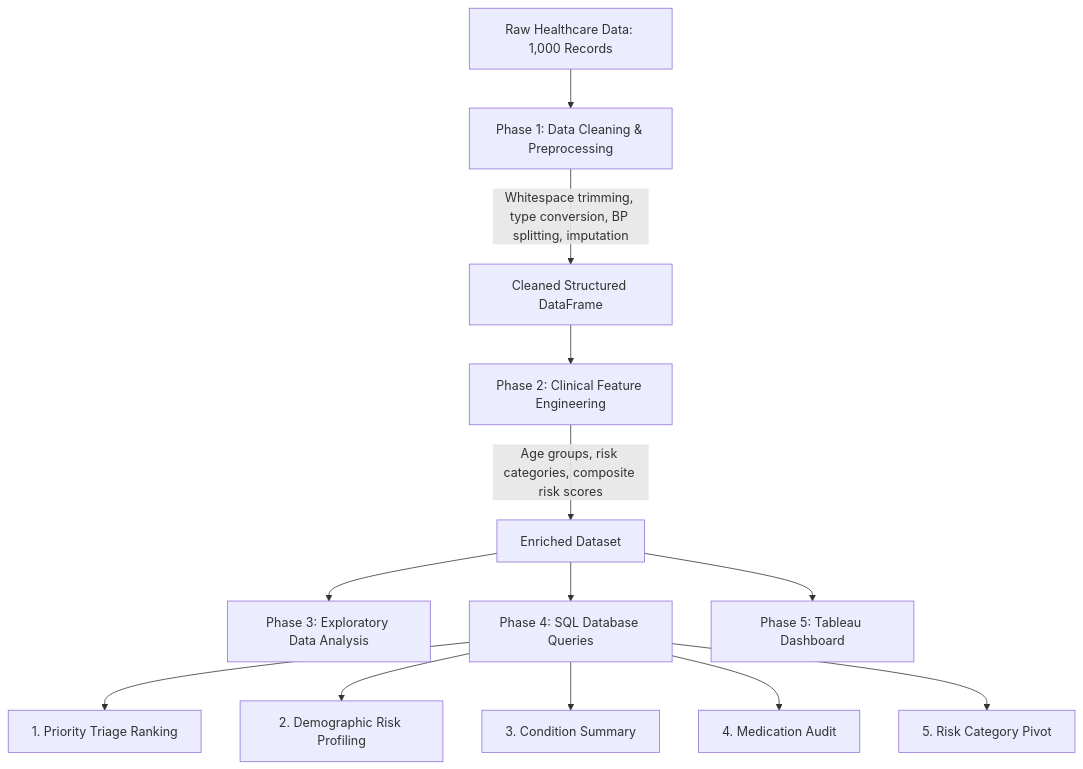
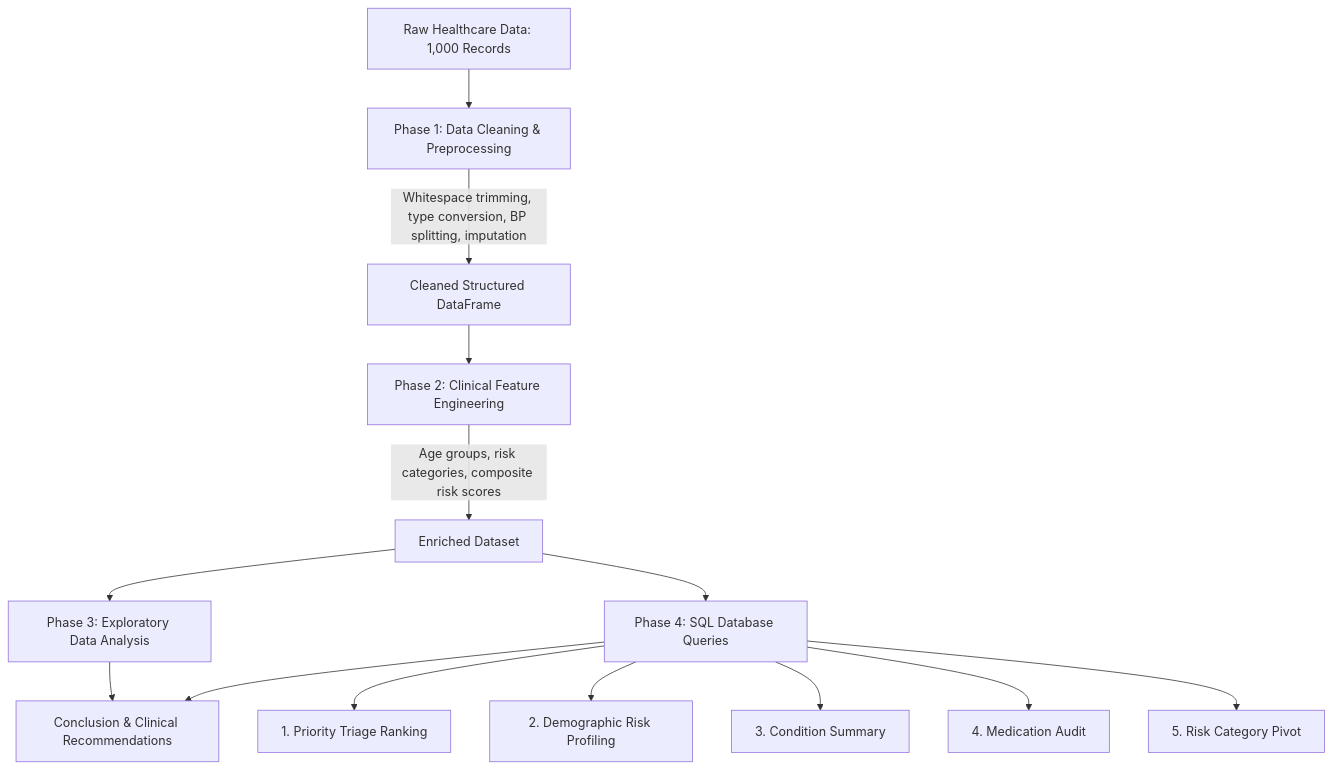
Before and after one commit to abdullah-binmadhi/Healthcare-Practice: the diagram in README.md, drawn with Mermaid. The commit also changed other lines of this file, not shown here.

Commit message:
docs: replace Phase 5 with comprehensive Conclusion and Key Insights

````diff
--- a/README.md
+++ b/README.md
@@ -51,15 +50,15 @@
 ```mermaid
 flowchart TD
     A[Raw Healthcare Data: 1,000 Records] --> B[Phase 1: Data Cleaning & Preprocessing]
     B -->|Whitespace trimming, type conversion, BP splitting, imputation| C[Cleaned Structured DataFrame]
     C --> D[Phase 2: Clinical Feature Engineering]
     D -->|Age groups, risk categories, composite risk scores| E[Enriched Dataset]
     E --> F[Phase 3: Exploratory Data Analysis]
     E --> G[Phase 4: SQL Database Queries]
-    E --> H[Phase 5: Tableau Dashboard]
     G --> I[1. Priority Triage Ranking]
     G --> J[2. Demographic Risk Profiling]
     G --> K[3. Condition Summary]
     G --> L[4. Medication Audit]
     G --> M[5. Risk Category Pivot]
+    F & G --> N[Conclusion & Clinical Recommendations]
 ```
````
